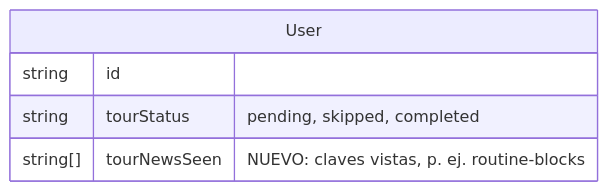
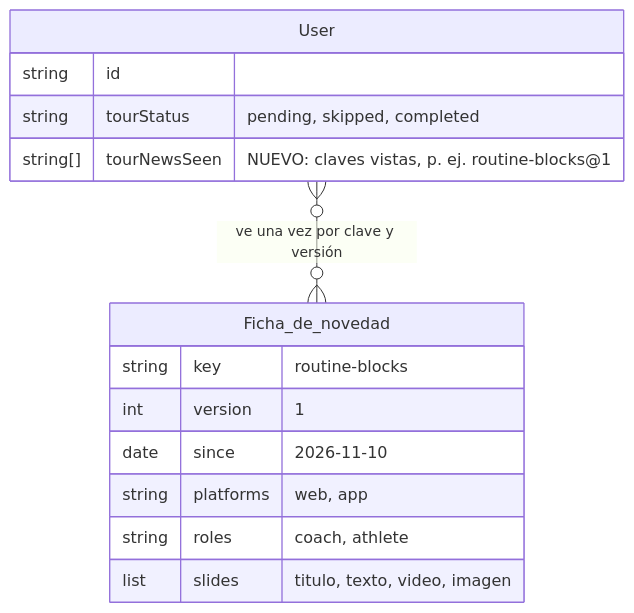
The diagram in docs/diseno/guia-novedades-bloques/README.md (mariapazGomez/cycles), drawn with Mermaid before and after one commit. The commit also changed other lines of this file and 1 other file, not shown here.

````diff
--- a/docs/diseno/guia-novedades-bloques/README.md
+++ b/docs/diseno/guia-novedades-bloques/README.md
@@ -43,8 +77,17 @@
 ```mermaid
 erDiagram
   User {
     string id
     string tourStatus "pending, skipped, completed"
-    string[] tourNewsSeen "NUEVO: claves vistas, p. ej. routine-blocks"
+    string[] tourNewsSeen "NUEVO: claves vistas, p. ej. routine-blocks@1"
   }
+  Ficha_de_novedad {
+    string key "routine-blocks"
+    int version "1"
+    date since "2026-11-10"
+    string platforms "web, app"
+    string roles "coach, athlete"
+    list slides "titulo, texto, video, imagen"
+  }
+  User }o--o{ Ficha_de_novedad : "ve una vez por clave y versión"
 ```
````
